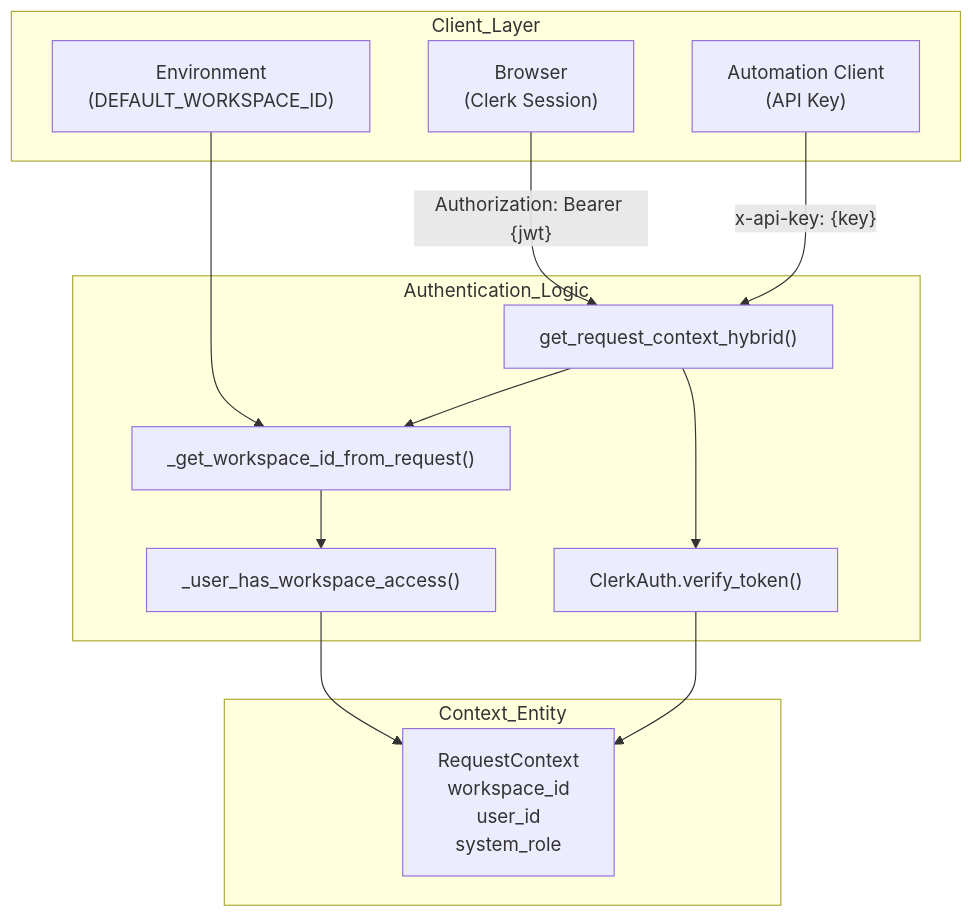
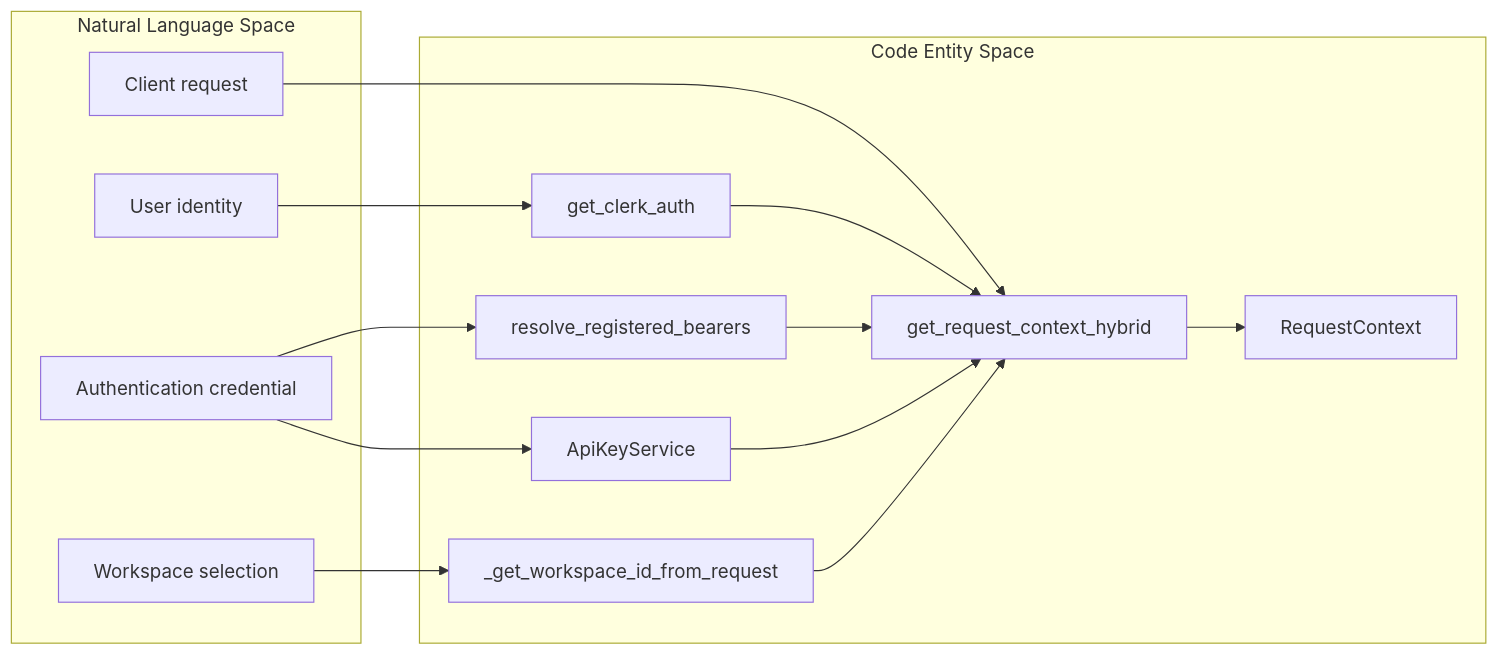
One commit to AutomatosAI/automatos-ai changed the first of 2 diagrams in docs/authentication-multi-tenancy/_index.md. Above: the diagram before and after it, drawn with Mermaid. The commit also changed other lines of this file and 188 other files, not shown here.

First line of the commit message:
docs: refresh architecture docs and add coverage for new subsystems

````diff
--- a/docs/authentication-multi-tenancy/_index.md
+++ b/docs/authentication-multi-tenancy/_index.md
@@ -58,29 +59,27 @@
 ```mermaid
-graph TB
-    subgraph "Client_Layer"
-        Browser["Browser<br/>(Clerk Session)"]
-        Automation["Automation Client<br/>(API Key)"]
-        EnvConfig["Environment<br/>(DEFAULT_WORKSPACE_ID)"]
+graph LR
+    subgraph "Natural Language Space"
+        Client["Client request"]
+        Identity["User identity"]
+        Workspace["Workspace selection"]
+        Auth["Authentication credential"]
     end
-    
-    subgraph "Authentication_Logic"
-        Hybrid["get_request_context_hybrid()"]
-        ClerkAuth["ClerkAuth.verify_token()"]
-        WorkspaceRes["_get_workspace_id_from_request()"]
-        AccessCheck["_user_has_workspace_access()"]
+    subgraph "Code Entity Space"
+        Hybrid["get_request_context_hybrid"]
+        Clerk["get_clerk_auth"]
+        Bearers["resolve_registered_bearers"]
+        ApiKey["ApiKeyService"]
+        WorkspaceResolver["_get_workspace_id_from_request"]
+        RequestContext["RequestContext"]
     end
-    
-    subgraph "Context_Entity"
-        Context["RequestContext<br/>workspace_id<br/>user_id<br/>system_role"]
-    end
-    
-    Browser -->|"Authorization: Bearer {jwt}"| Hybrid
-    Automation -->|"x-api-key: {key}"| Hybrid
-    EnvConfig --> WorkspaceRes
-    
-    Hybrid --> ClerkAuth
-    Hybrid --> WorkspaceRes
-    WorkspaceRes --> AccessCheck
-    AccessCheck --> Context
-    ClerkAuth --> Context
+    Client --> Hybrid
+    Identity --> Clerk
+    Auth --> Bearers
+    Auth --> ApiKey
+    Clerk --> Hybrid
+    Bearers --> Hybrid
+    ApiKey --> Hybrid
+    Workspace --> WorkspaceResolver
+    WorkspaceResolver --> Hybrid
+    Hybrid --> RequestContext
 ```
````
